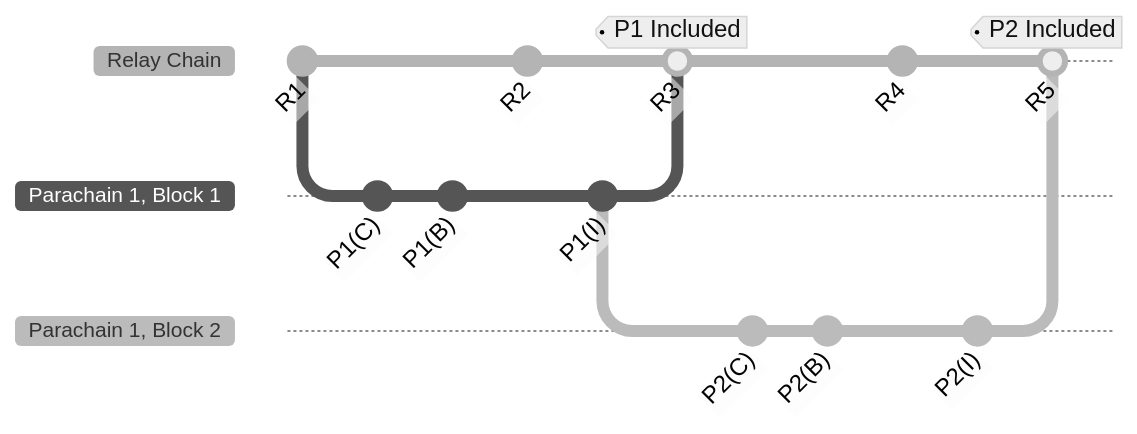
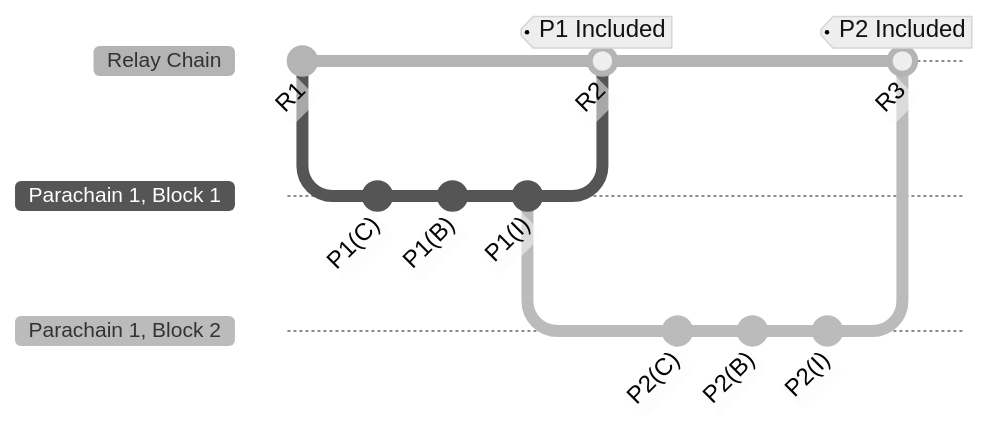
One commit to w3f/polkadot-wiki changed the first of 2 diagrams in docs/learn/learn-async-backing.md. Above: the diagram before and after it, drawn with Mermaid. The commit also changed other lines of this file, not shown here.

````diff
--- a/docs/learn/learn-async-backing.md
+++ b/docs/learn/learn-async-backing.md
@@ -54,25 +58,20 @@
 ```mermaid
 %%{init: { 'logLevel': 'debug', 'theme': 'neutral', 'themeVariables': { 'fontSize': '14px', 'commitLabelFontSize': '16px', 'tagLabelFontSize': '16px' }, 'gitGraph': {'showBranches': true, 'showCommitLabel':true,'mainBranchName': 'Relay Chain'}} }%%
 gitGraph
 commit id:"R1"
 branch "Parachain 1, Block 1" order: 2
 commit id:"P1(C)"
 commit id:"P1(B)"
-checkout "Relay Chain"
-commit id:"R2"
-checkout "Relay Chain"
 checkout "Parachain 1, Block 1"
 commit id:"P1(I)"
 branch "Parachain 1, Block 2" order: 3
 checkout "Relay Chain"
-merge "Parachain 1, Block 1" tag:"P1 Included" id:"R3"
+merge "Parachain 1, Block 1" tag:"P1 Included" id:"R2"
 checkout "Parachain 1, Block 2"
 commit id:"P2(C)"
 commit id:"P2(B)"
-checkout "Relay Chain"
-commit id:"R4"
 checkout "Parachain 1, Block 2"
 commit id:"P2(I)"
 checkout "Relay Chain"
-merge "Parachain 1, Block 2" tag:"P2 Included" id:"R5"
+merge "Parachain 1, Block 2" tag:"P2 Included" id:"R3"
 ```
````
